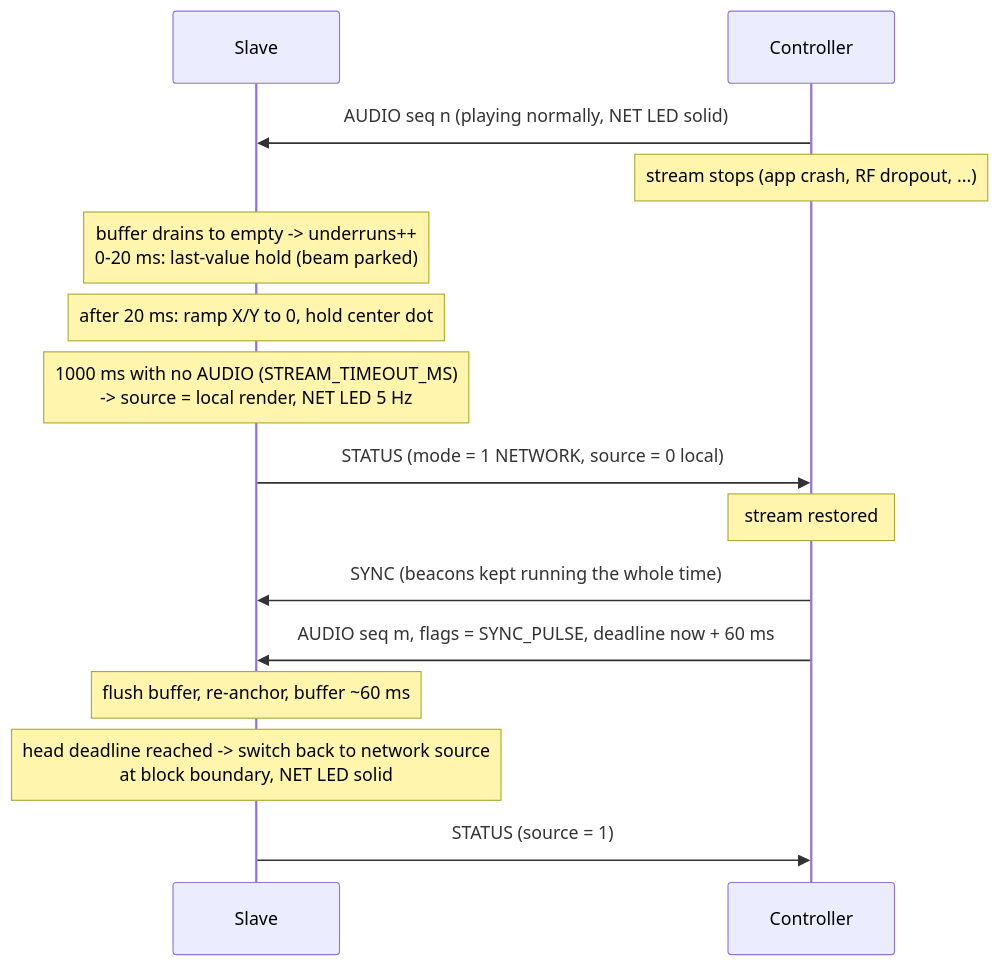
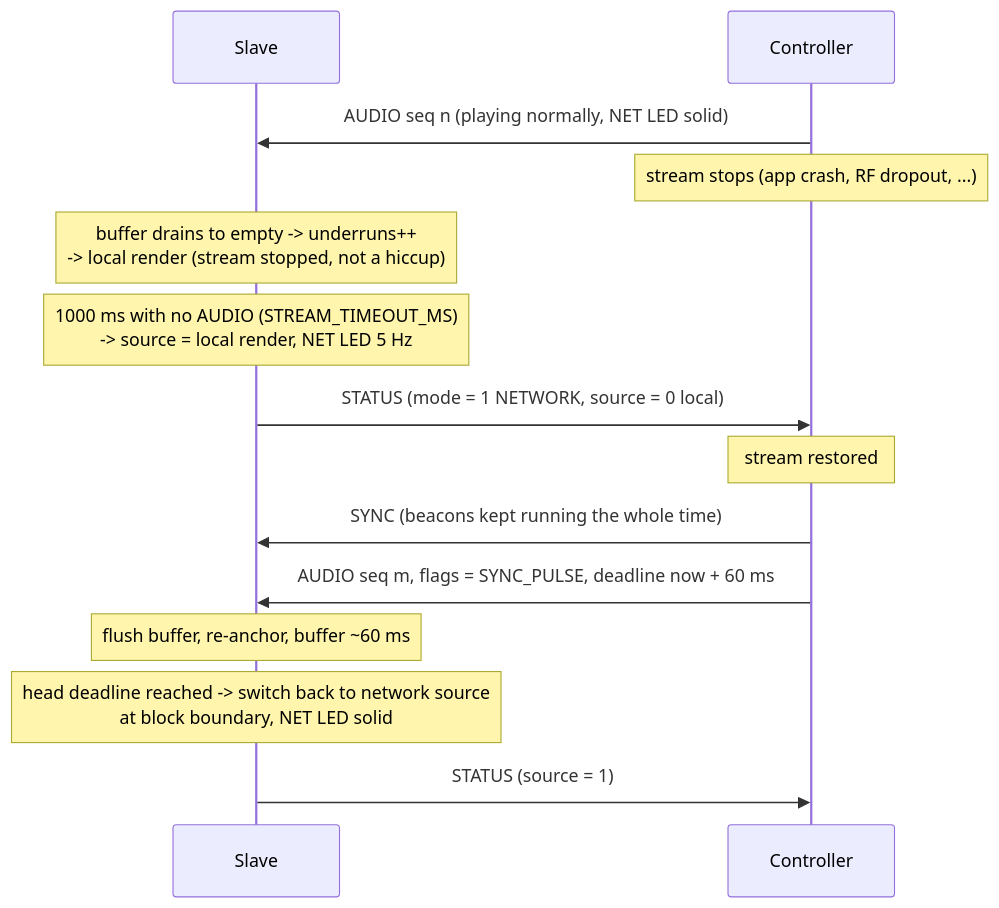
The second of 3 diagrams in docs/protocol.md (finnff/hyper-osci), drawn with Mermaid before and after one commit. The commit also changed other lines of this file and 13 other files, not shown here.

````diff
--- a/docs/protocol.md
+++ b/docs/protocol.md
@@ -409,18 +413,17 @@
 ```mermaid
 sequenceDiagram
     participant S as Slave
     participant C as Controller
 
     C->>S: AUDIO seq n (playing normally, NET LED solid)
     Note over C: stream stops (app crash, RF dropout, ...)
-    Note over S: buffer drains to empty -> underruns++<br/>0-20 ms: last-value hold (beam parked)
-    Note over S: after 20 ms: ramp X/Y to 0, hold center dot
+    Note over S: buffer drains to empty -> underruns++<br/>-> local render (stream stopped, not a hiccup)
     Note over S: 1000 ms with no AUDIO (STREAM_TIMEOUT_MS)<br/>-> source = local render, NET LED 5 Hz
     S->>C: STATUS (mode = 1 NETWORK, source = 0 local)
     Note over C: stream restored
     C->>S: SYNC (beacons kept running the whole time)
     C->>S: AUDIO seq m, flags = SYNC_PULSE, deadline now + 60 ms
     Note over S: flush buffer, re-anchor, buffer ~60 ms
     Note over S: head deadline reached -> switch back to network source<br/>at block boundary, NET LED solid
     S->>C: STATUS (source = 1)
 ```
````
